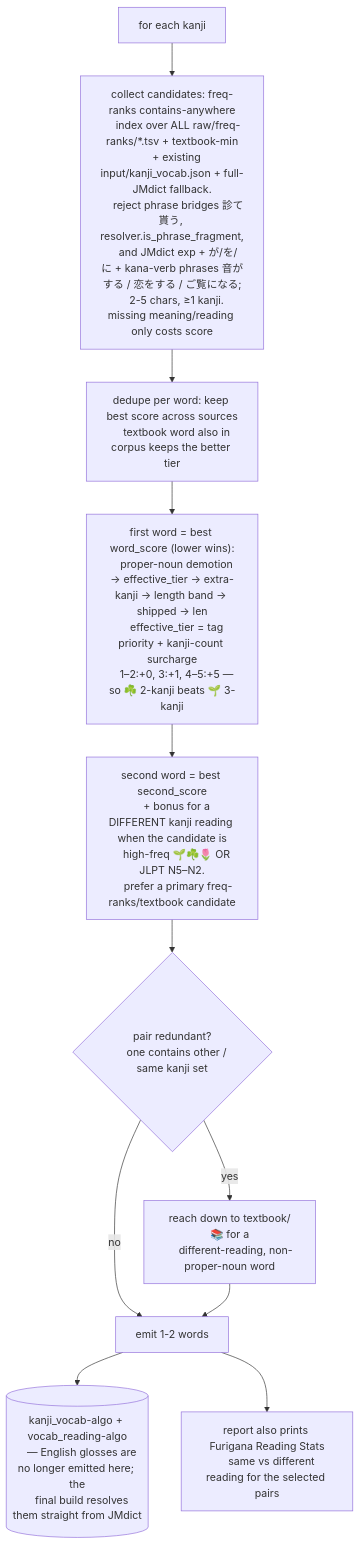
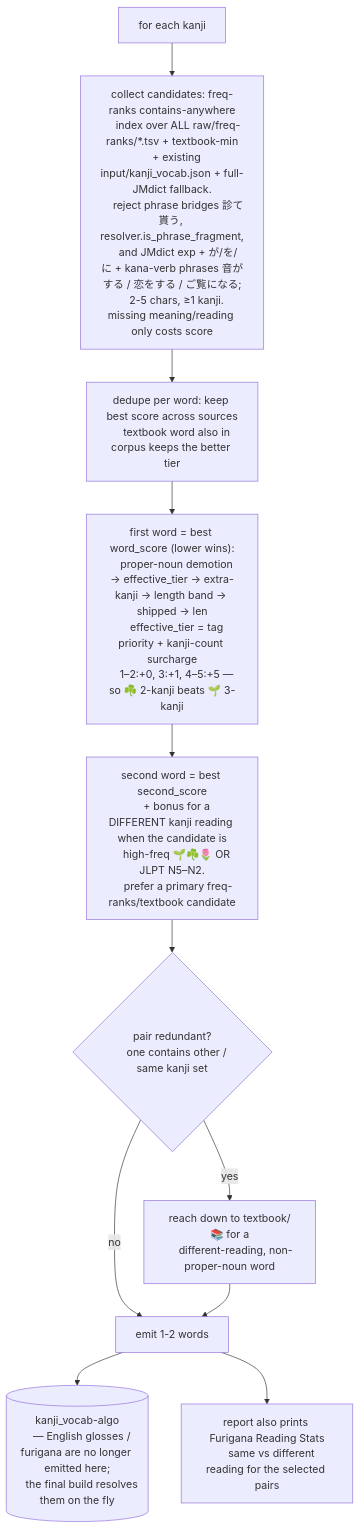
The sixth of 8 diagrams in notes/flowchart.md (PikaPikaGems/kanji-heatmap-data), drawn with Mermaid before and after one commit. The commit also changed other lines of this file and 7 other files, not shown here.

First line of the commit message:
Generate furigana on the fly in the final build.

````diff
--- a/notes/flowchart.md
+++ b/notes/flowchart.md
@@ -271,30 +262,30 @@
 ```mermaid
 flowchart TD
     K[for each kanji] --> C[collect candidates: freq-ranks contains-anywhere
     index over ALL raw/freq-ranks/*.tsv + textbook-min
     + existing input/kanji_vocab.json + full-JMdict fallback.
     reject phrase bridges 診て貰う, resolver.is_phrase_fragment,
     and JMdict exp + が/を/に + kana-verb phrases 音がする / 恋をする / ご覧になる;
     2-5 chars, ≥1 kanji. missing meaning/reading only costs score]
     C --> DEDUP[dedupe per word: keep best score across sources
     textbook word also in corpus keeps the better tier]
     DEDUP --> S1["first word = best word_score (lower wins):
     proper-noun demotion → effective_tier → extra-kanji → length band → shipped → len
     effective_tier = tag priority + kanji-count surcharge
     1–2:+0, 3:+1, 4–5:+5 — so ☘️ 2-kanji beats 🌱 3-kanji"]
     S1 --> S2[second word = best second_score
     + bonus for a DIFFERENT kanji reading when the candidate is
     high-freq 🌱☘️🌷 OR JLPT N5–N2.
     prefer a primary freq-ranks/textbook candidate]
     S2 --> RP{pair redundant?
     one contains other / same kanji set}
     RP -- yes --> ALT[reach down to textbook/📚 for a
     different-reading, non-proper-noun word]
     RP -- no --> EMIT
     ALT --> EMIT[emit 1-2 words]
-    EMIT --> W[(kanji_vocab-algo + vocab_reading-algo
-    — English glosses are no longer emitted here; the
-    final build resolves them straight from JMdict)]
+    EMIT --> W[(kanji_vocab-algo
+    — English glosses / furigana are no longer emitted here;
+    the final build resolves them on the fly)]
     EMIT --> STATS[report also prints Furigana Reading Stats
     same vs different reading for the selected pairs]
 ```
````
